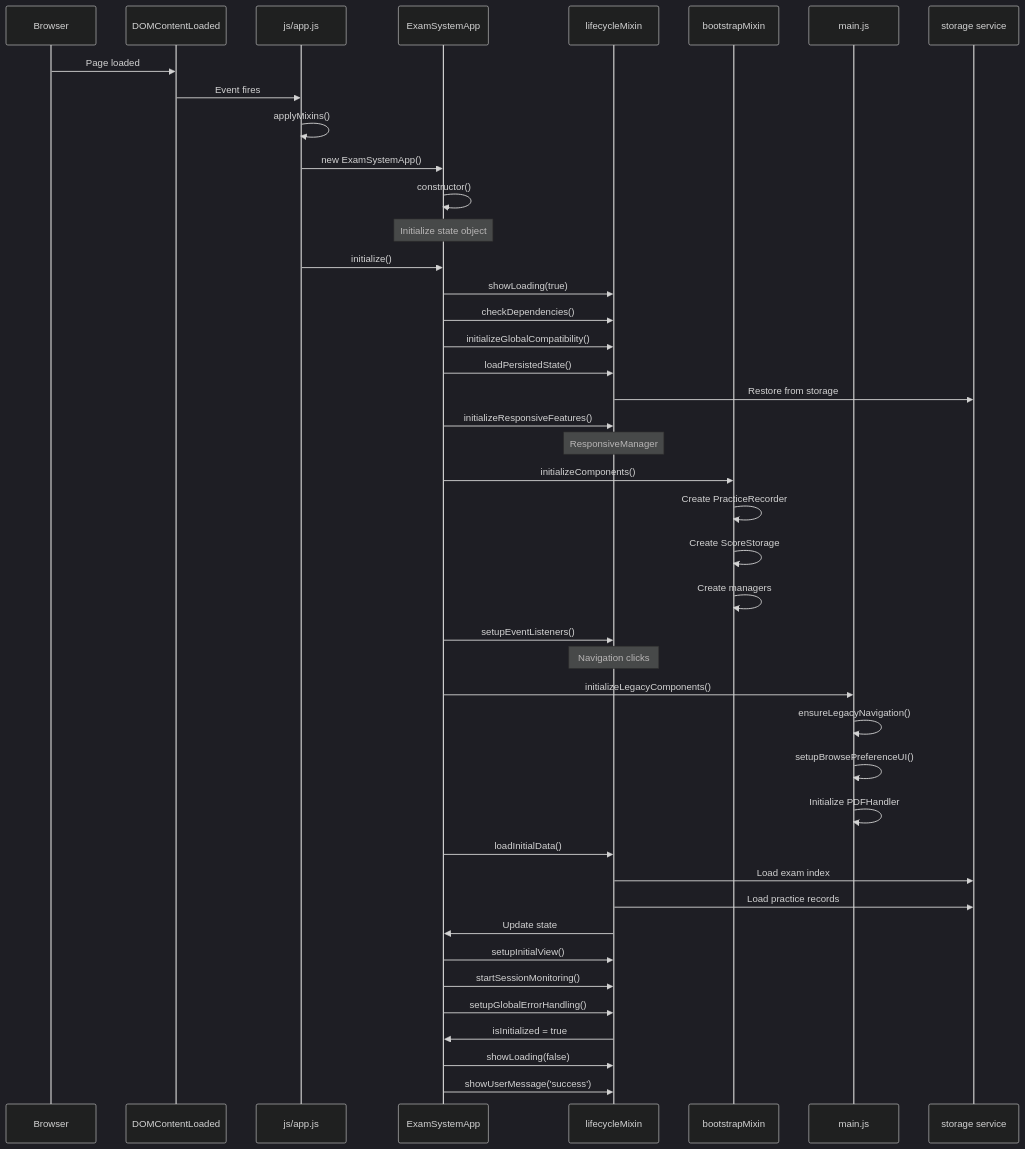
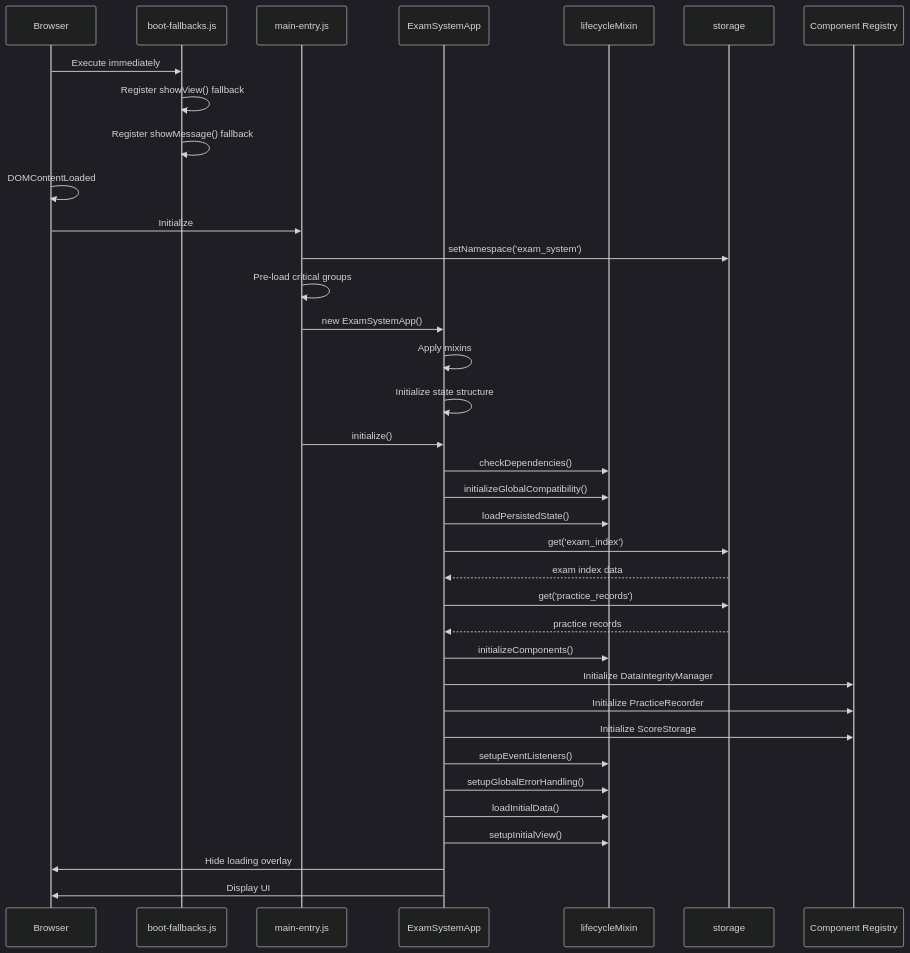
Before and after one commit to sallowayma-git/IELTS-practice: the second of 3 diagrams in developer/doc/Wiki/Core-Application-Architecture.md, drawn with Mermaid (dark theme). The commit also changed other lines of this file and 84 other files, not shown here.

````diff
--- a/developer/doc/Wiki/Core-Application-Architecture.md
+++ b/developer/doc/Wiki/Core-Application-Architecture.md
@@ -209,46 +224,39 @@
 ```mermaid
 sequenceDiagram
-  participant Browser
-  participant DOMContentLoaded
-  participant js/app.js
-  participant ExamSystemApp
-  participant lifecycleMixin
-  participant bootstrapMixin
-  participant main.js
-  participant storage service
+  participant p1 as Browser
+  participant p2 as boot-fallbacks.js
+  participant p3 as main-entry.js
+  participant p4 as ExamSystemApp
+  participant p5 as lifecycleMixin
+  participant p6 as storage
+  participant p7 as Component Registry
 
-  Browser->>DOMContentLoaded: Page loaded
-  DOMContentLoaded->>js/app.js: Event fires
-  js/app.js->>js/app.js: applyMixins()
-  js/app.js->>ExamSystemApp: new ExamSystemApp()
-  ExamSystemApp->>ExamSystemApp: constructor()
-  note over ExamSystemApp: Initialize state object
-  js/app.js->>ExamSystemApp: initialize()
-  ExamSystemApp->>lifecycleMixin: showLoading(true)
-  ExamSystemApp->>lifecycleMixin: checkDependencies()
-  ExamSystemApp->>lifecycleMixin: initializeGlobalCompatibility()
-  ExamSystemApp->>lifecycleMixin: loadPersistedState()
-  lifecycleMixin->>storage service: Restore from storage
-  ExamSystemApp->>lifecycleMixin: initializeResponsiveFeatures()
-  note over lifecycleMixin: ResponsiveManager
-  ExamSystemApp->>bootstrapMixin: initializeComponents()
-  bootstrapMixin->>bootstrapMixin: Create PracticeRecorder
-  bootstrapMixin->>bootstrapMixin: Create ScoreStorage
-  bootstrapMixin->>bootstrapMixin: Create managers
-  ExamSystemApp->>lifecycleMixin: setupEventListeners()
-  note over lifecycleMixin: Navigation clicks
-  ExamSystemApp->>main.js: initializeLegacyComponents()
-  main.js->>main.js: ensureLegacyNavigation()
-  main.js->>main.js: setupBrowsePreferenceUI()
-  main.js->>main.js: Initialize PDFHandler
-  ExamSystemApp->>lifecycleMixin: loadInitialData()
-  lifecycleMixin->>storage service: Load exam index
-  lifecycleMixin->>storage service: Load practice records
-  lifecycleMixin->>ExamSystemApp: Update state
-  ExamSystemApp->>lifecycleMixin: setupInitialView()
-  ExamSystemApp->>lifecycleMixin: startSessionMonitoring()
-  ExamSystemApp->>lifecycleMixin: setupGlobalErrorHandling()
-  lifecycleMixin->>ExamSystemApp: isInitialized = true
-  ExamSystemApp->>lifecycleMixin: showLoading(false)
-  ExamSystemApp->>lifecycleMixin: showUserMessage('success')
+  p1->>p2: Execute immediately
+  p2->>p2: Register showView() fallback
+  p2->>p2: Register showMessage() fallback
+  p1->>p1: DOMContentLoaded
+  p1->>p3: Initialize
+  p3->>p6: setNamespace('exam_system')
+  p3->>p3: Pre-load critical groups
+  p3->>p4: new ExamSystemApp()
+  p4->>p4: Apply mixins
+  p4->>p4: Initialize state structure
+  p3->>p4: initialize()
+  p4->>p5: checkDependencies()
+  p4->>p5: initializeGlobalCompatibility()
+  p4->>p5: loadPersistedState()
+  p4->>p6: get('exam_index')
+  p6-->>p4: exam index data
+  p4->>p6: get('practice_records')
+  p6-->>p4: practice records
+  p4->>p5: initializeComponents()
+  p4->>p7: Initialize DataIntegrityManager
+  p4->>p7: Initialize PracticeRecorder
+  p4->>p7: Initialize ScoreStorage
+  p4->>p5: setupEventListeners()
+  p4->>p5: setupGlobalErrorHandling()
+  p4->>p5: loadInitialData()
+  p4->>p5: setupInitialView()
+  p4->>p1: Hide loading overlay
+  p4->>p1: Display UI
 ```
````
